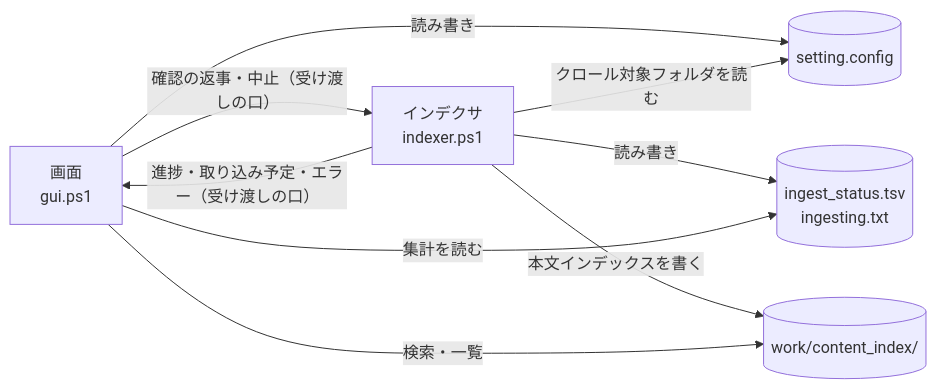
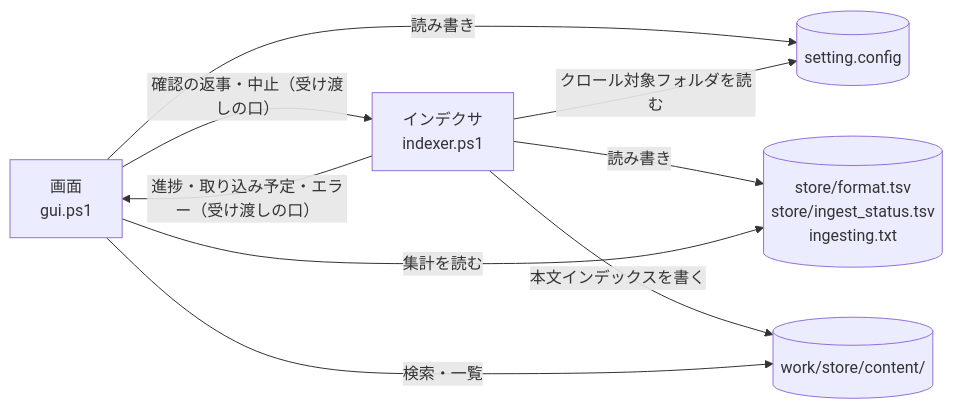
The second of 2 diagrams in docs/design/structure/io-files.md (hsgwa/tebunko), drawn with Mermaid before and after one commit. The commit also changed other lines of this file and 118 other files, not shown here.

````diff
--- a/docs/design/structure/io-files.md
+++ b/docs/design/structure/io-files.md
@@ -218,16 +221,16 @@
 ```mermaid
 flowchart LR
     CFG[("setting.config")]
     GUI["画面<br>gui.ps1"]
     IDX["インデクサ<br>indexer.ps1"]
-    ST[("ingest_status.tsv<br>ingesting.txt")]
-    IX[("work/content_index/")]
+    ST[("store/format.tsv<br>store/ingest_status.tsv<br>ingesting.txt")]
+    IX[("work/store/content/")]
     GUI -- 読み書き --> CFG
     IDX -- クロール対象フォルダを読む --> CFG
     IDX -- "進捗・取り込み予定・エラー（受け渡しの口）" --> GUI
     GUI -- "確認の返事・中止（受け渡しの口）" --> IDX
     IDX -- 読み書き --> ST
     IDX -- 本文インデックスを書く --> IX
     GUI -- 検索・一覧 --> IX
     GUI -- 集計を読む --> ST
 ```
````
